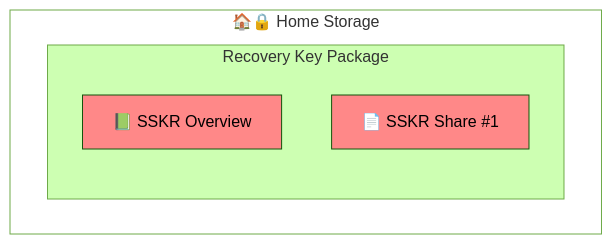
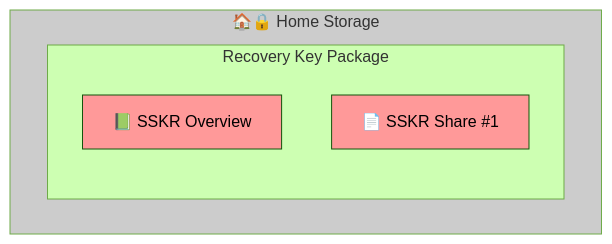
One commit to BlockchainCommons/SmartCustody changed diagram 15 of 26 in Docs/Scenario-Multisig.md. Above: the diagram before and after it, drawn with Mermaid (forest theme). The commit also changed other lines of this file, not shown here.

````diff
--- a/Docs/Scenario-Multisig.md
+++ b/Docs/Scenario-Multisig.md
@@ -556,12 +556,12 @@
     ```mermaid
     graph TD
     subgraph home["🏠🔒 Home Storage"]
       subgraph "Recovery Key Package"
       A["📗 SSKR Overview"]
       B["📄 SSKR Share #1"]
       end
     end
-    style home fill:#ffffff;
-    style A fill:#ff8888;
-    style B fill:#ff8888;
+    style home fill:#cccccc;
+    style A color:#000,fill:#ff9999;
+    style B color:#000,fill:#ff9999;
     ```
````
